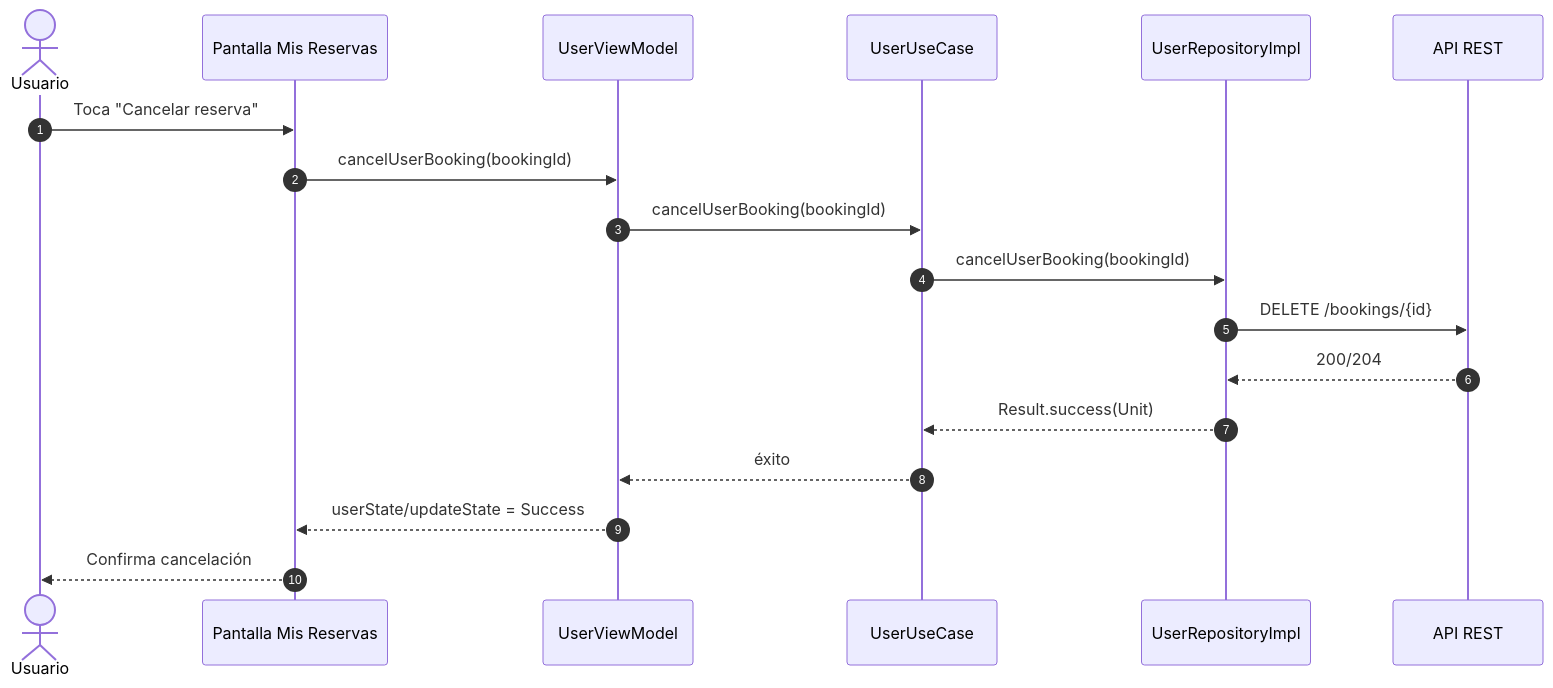
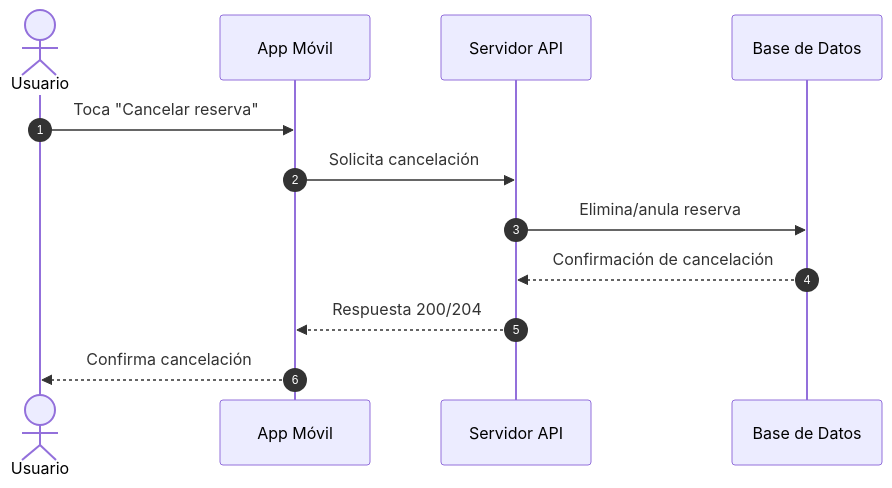
One commit to asobrados03/HumanPerformApp changed the ninth of 12 diagrams in docs/SEQUENCE_DIAGRAMS.md. Above: the diagram before and after it, drawn with Mermaid. The commit also changed other lines of this file, not shown here.

Commit message:
Ajustar diagrama de métodos de pago para usar Stripe

````diff
--- a/docs/SEQUENCE_DIAGRAMS.md
+++ b/docs/SEQUENCE_DIAGRAMS.md
@@ -211,21 +153,15 @@
 ```mermaid
 sequenceDiagram
     autonumber
     actor U as Usuario
-    participant UI as Pantalla Mis Reservas
-    participant VM as UserViewModel
-    participant UC as UserUseCase
-    participant REPO as UserRepositoryImpl
-    participant API as API REST
+    participant APP as App Móvil
+    participant API as Servidor API
+    participant DB as Base de Datos
 
-    U->>UI: Toca "Cancelar reserva"
-    UI->>VM: cancelUserBooking(bookingId)
-    VM->>UC: cancelUserBooking(bookingId)
-    UC->>REPO: cancelUserBooking(bookingId)
-    REPO->>API: DELETE /bookings/{id}
-    API-->>REPO: 200/204
-    REPO-->>UC: Result.success(Unit)
-    UC-->>VM: éxito
-    VM-->>UI: userState/updateState = Success
-    UI-->>U: Confirma cancelación
+    U->>APP: Toca "Cancelar reserva"
+    APP->>API: Solicita cancelación
+    API->>DB: Elimina/anula reserva
+    DB-->>API: Confirmación de cancelación
+    API-->>APP: Respuesta 200/204
+    APP-->>U: Confirma cancelación
 ```
````
